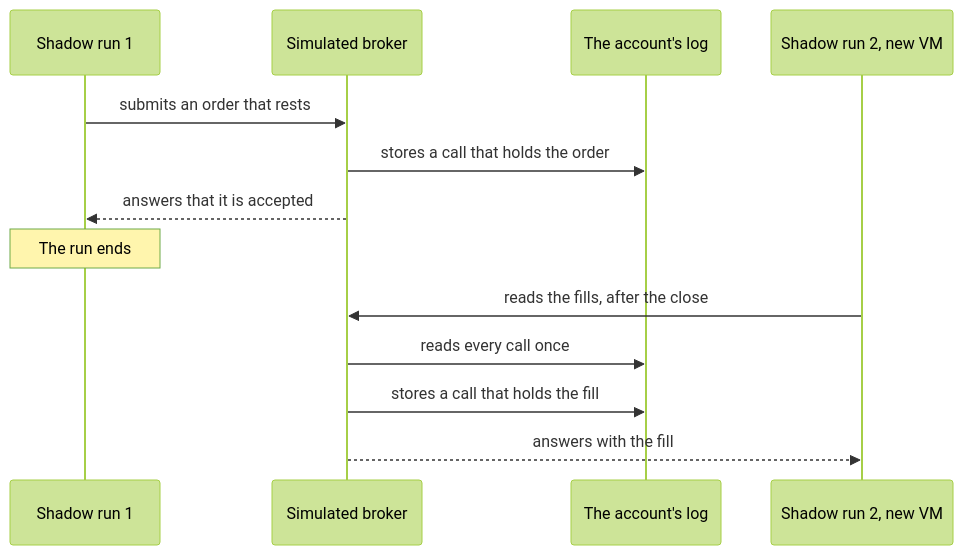
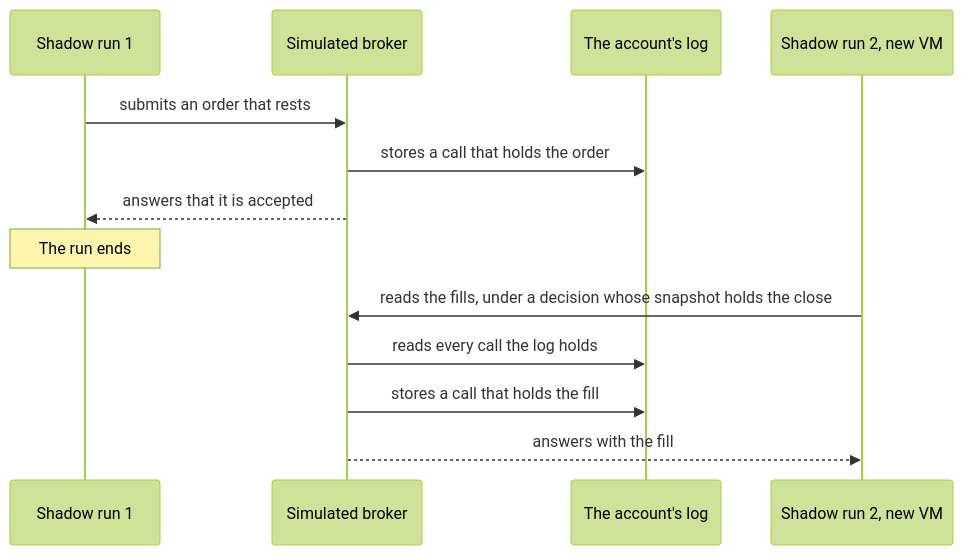
Before and after one commit to l3a0/ithildin-runtime: the third of 11 diagrams in docs/architecture/05-building-blocks.md, drawn with Mermaid (forest theme). The commit also changed other lines of this file and 22 other files, not shown here.

````diff
--- a/docs/architecture/05-building-blocks.md
+++ b/docs/architecture/05-building-blocks.md
@@ -274,15 +305,15 @@
 ```mermaid
 sequenceDiagram
     participant R1 as Shadow run 1
     participant S as Simulated broker
     participant B as The account's log
     participant R2 as Shadow run 2, new VM
     R1->>S: submits an order that rests
     S->>B: stores a call that holds the order
     S-->>R1: answers that it is accepted
     Note over R1: The run ends
-    R2->>S: reads the fills, after the close
-    S->>B: reads every call once
+    R2->>S: reads the fills, under a decision whose snapshot holds the close
+    S->>B: reads every call the log holds
     S->>B: stores a call that holds the fill
     S-->>R2: answers with the fill
 ```
````
